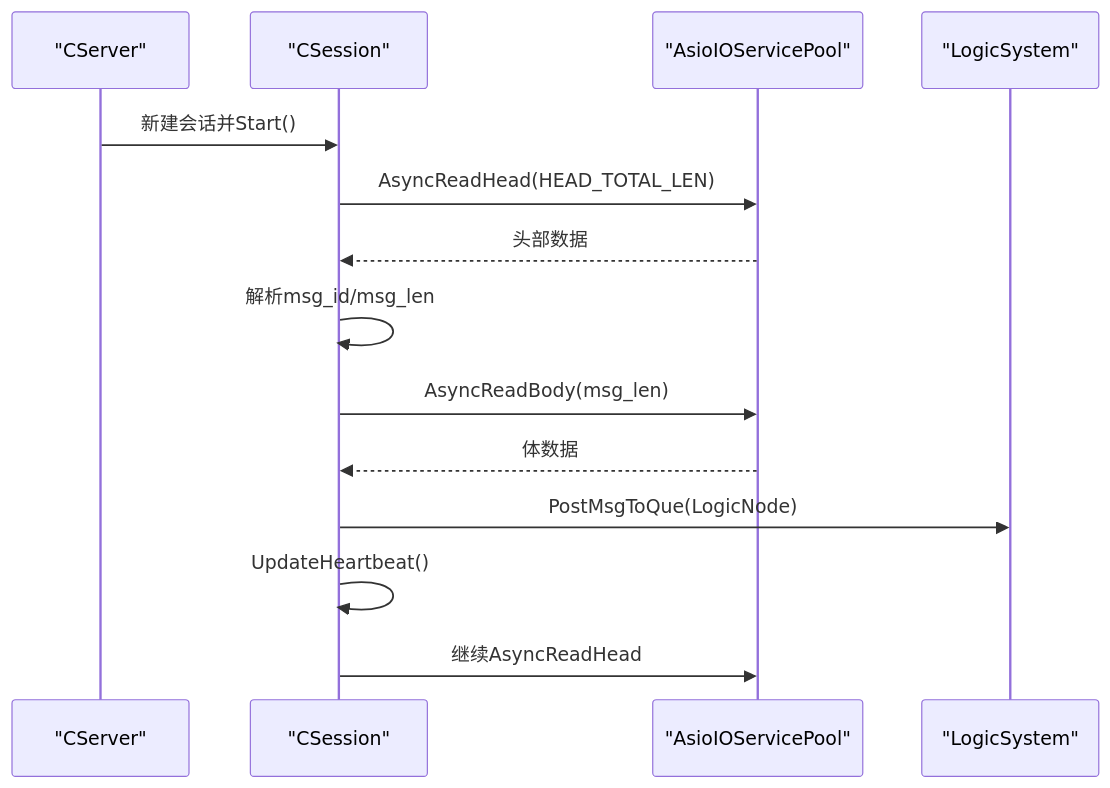
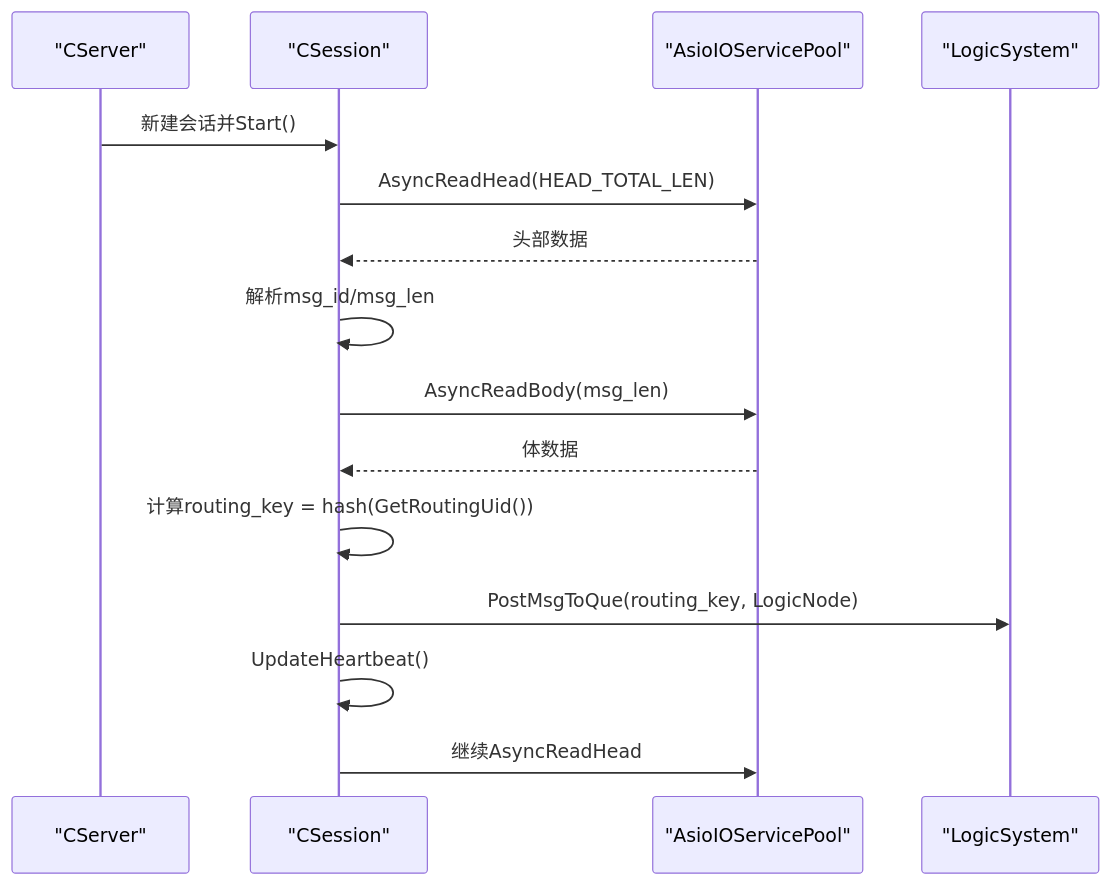
Before and after one commit to echo9923/mychatter: the seventh of 13 diagrams in .qoder/repowiki/zh/content/架构设计/微服务架构设计/ChatServer聊天核心服务/聊天逻辑系统.md, drawn with Mermaid. The commit also changed other lines of this file and 54 other files, not shown here.

````diff
--- a/.qoder/repowiki/zh/content/架构设计/微服务架构设计/ChatServer聊天核心服务/聊天逻辑系统.md
+++ b/.qoder/repowiki/zh/content/架构设计/微服务架构设计/ChatServer聊天核心服务/聊天逻辑系统.md
@@ -237,16 +360,17 @@
 ```mermaid
 sequenceDiagram
 participant Srv as "CServer"
 participant Ses as "CSession"
 participant IO as "AsioIOServicePool"
 participant L as "LogicSystem"
 Srv->>Ses : 新建会话并Start()
 Ses->>IO : AsyncReadHead(HEAD_TOTAL_LEN)
 IO-->>Ses : 头部数据
 Ses->>Ses : 解析msg_id/msg_len
 Ses->>IO : AsyncReadBody(msg_len)
 IO-->>Ses : 体数据
-Ses->>L : PostMsgToQue(LogicNode)
+Ses->>Ses : 计算routing_key = hash(GetRoutingUid())
+Ses->>L : PostMsgToQue(routing_key, LogicNode)
 Ses->>Ses : UpdateHeartbeat()
 Ses->>IO : 继续AsyncReadHead
 ```
````
